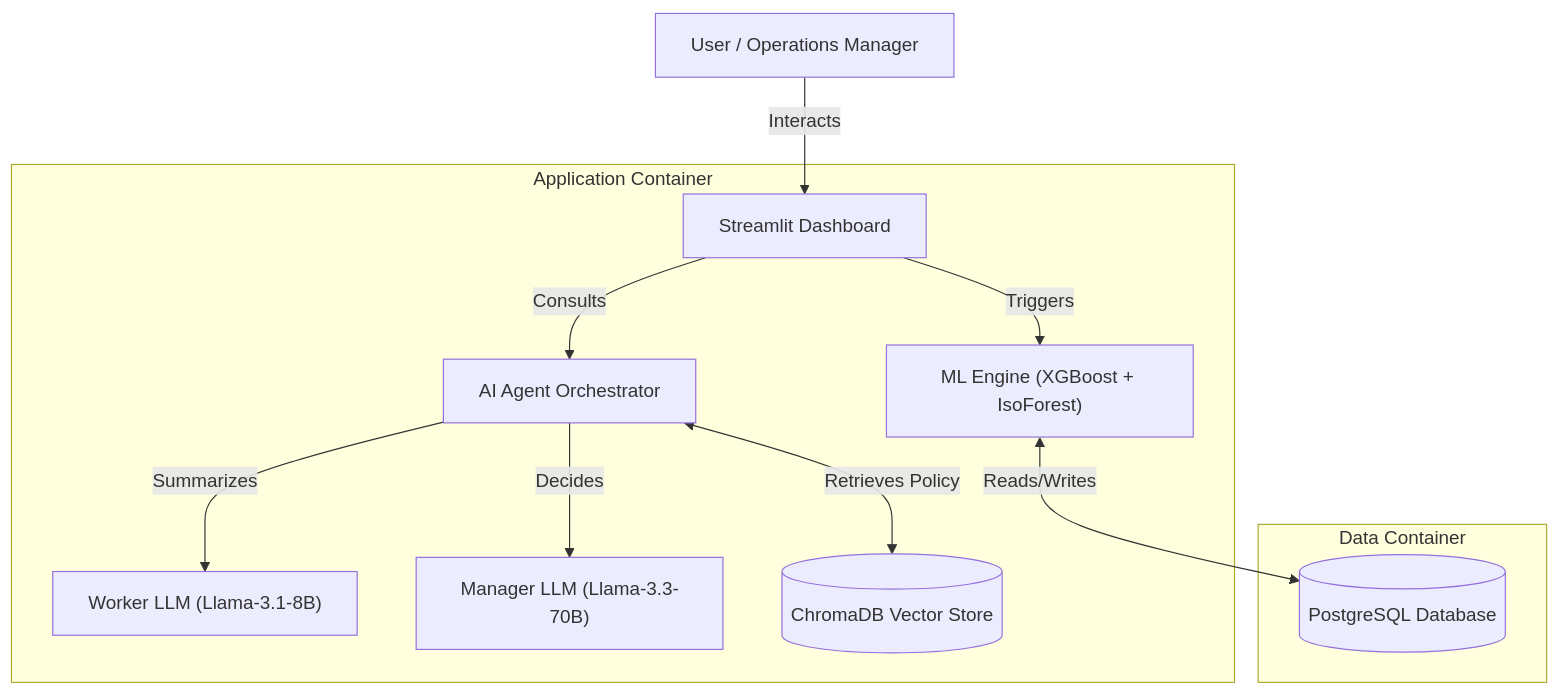
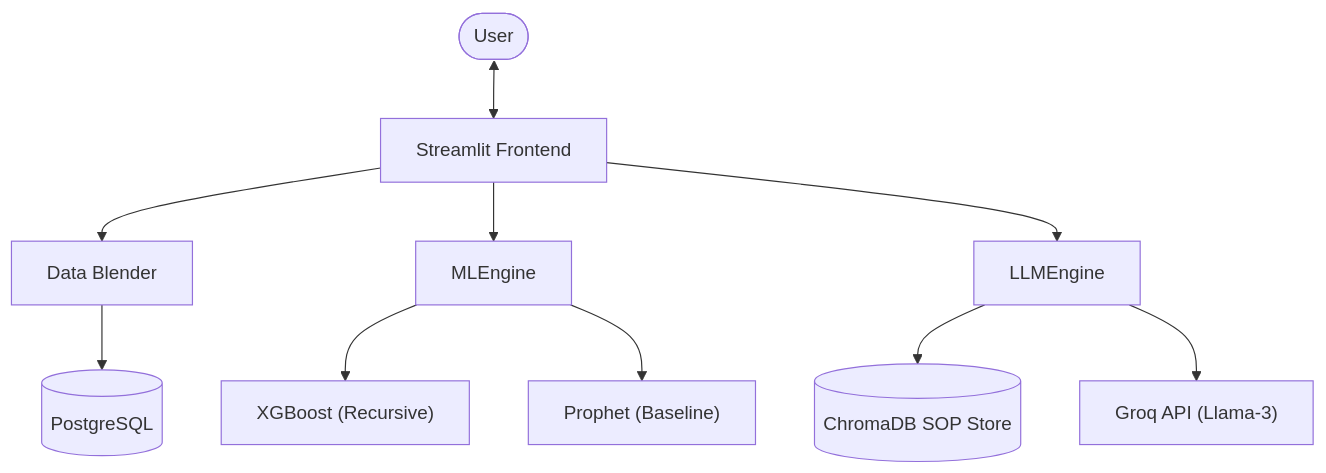
The first of 2 diagrams in README.md (PranavKndpl/RetailPulse), drawn with Mermaid before and after one commit. The commit also changed other lines of this file and 15 other files, not shown here.

````diff
--- a/README.md
+++ b/README.md
@@ -16,17 +36,15 @@
 ```mermaid
 graph TD
-    User["User / Operations Manager"] -->|"Interacts"| UI["Streamlit Dashboard"]
-    
-    subgraph "Application Container"
-        UI -->|"Triggers"| MLE["ML Engine (XGBoost + IsoForest)"]
-        UI -->|"Consults"| Agent["AI Agent Orchestrator"]
-        
-        Agent -->|"Summarizes"| Worker["Worker LLM (Llama-3.1-8B)"]
-        Agent -->|"Decides"| Manager["Manager LLM (Llama-3.3-70B)"]
-        Agent <-->|"Retrieves Policy"| RAG[("ChromaDB Vector Store")]
-    end
-    
-    subgraph "Data Container"
-        MLE <-->|"Reads/Writes"| DB[("PostgreSQL Database")]
-    end
+    User(["User"]) <--> UI["Streamlit Frontend"]
+
+    UI --> Blender["Data Blender"]
+    Blender --> DB[("PostgreSQL")]
+
+    UI --> ML["MLEngine"]
+    ML --> XGB["XGBoost (Recursive)"]
+    ML --> Pro["Prophet (Baseline)"]
+
+    UI --> LLM["LLMEngine"]
+    LLM --> RAG[("ChromaDB SOP Store")]
+    LLM --> Groq["Groq API (Llama-3)"]
 ```
````
